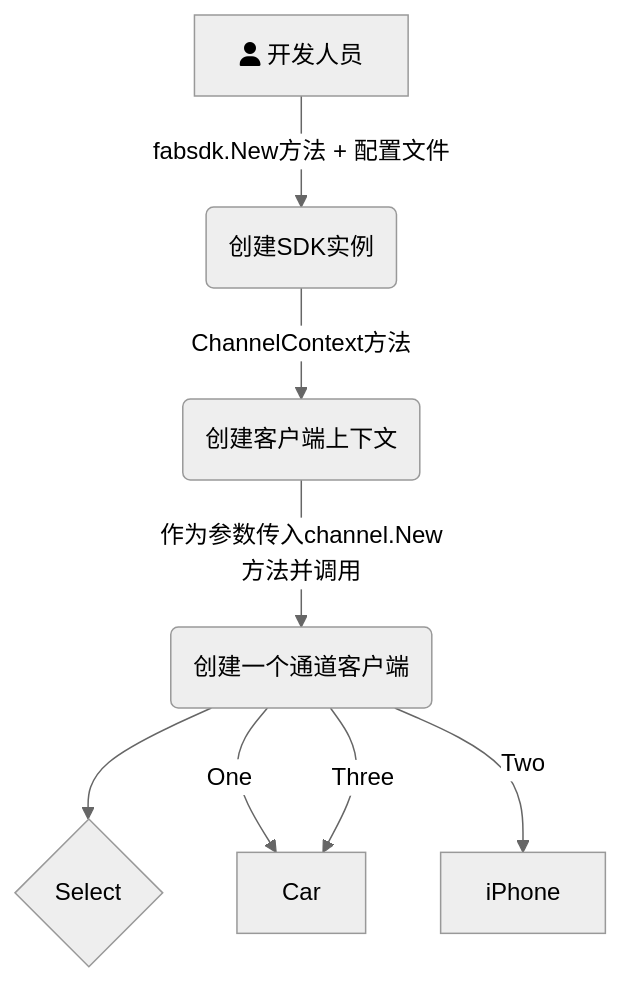
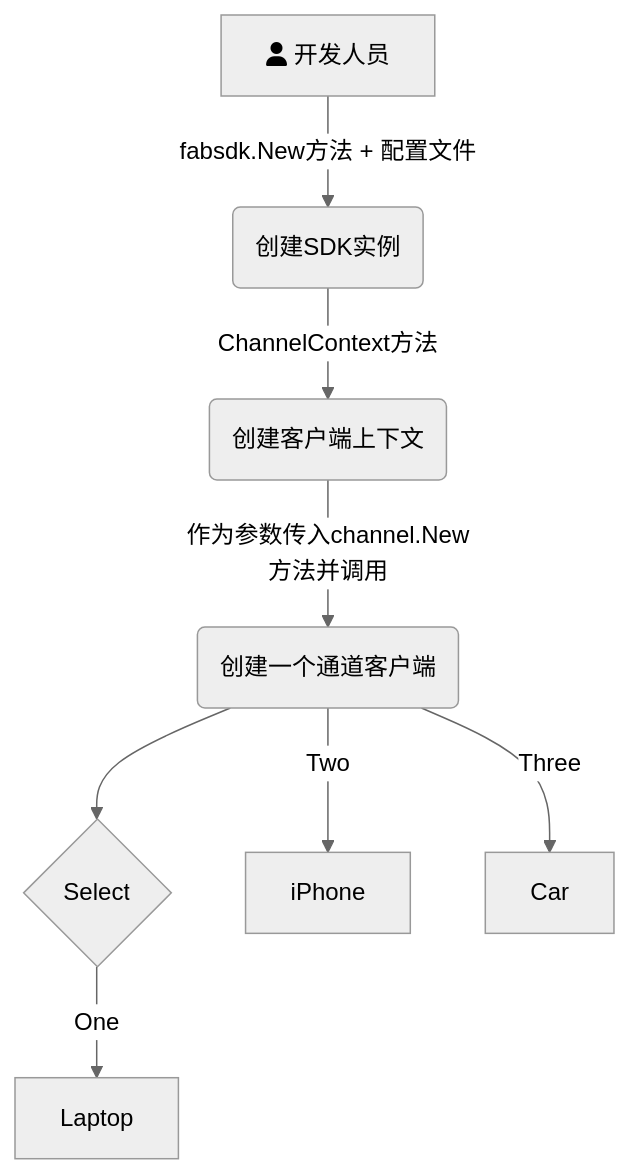
One commit to Utekichan/iodraw-files changed the diagram in all/未命名.md. Above: the diagram before and after it, drawn with Mermaid (neutral theme).

Commit message:
2024-03-30 22:19:26 update

````diff
--- a/all/未命名.md
+++ b/all/未命名.md
@@ -1,11 +1,11 @@
 ```mermaid
 graph TD
     A[fa:fa-user 开发人员] -->|fabsdk.New方法 + 配置文件| B(创建SDK实例)
     B-->|ChannelContext方法| C(创建客户端上下文)
     C-->|作为参数传入channel.New方法并调用| D(创建一个通道客户端)
     D --> E{Select}
-    D -->|One| F[Laptop]
+    E -->|One| F[Laptop]
     D -->|Two| G[iPhone]
-    D -->|Three| F[Car]
+    D -->|Three| H[Car]
   
 ```
````
